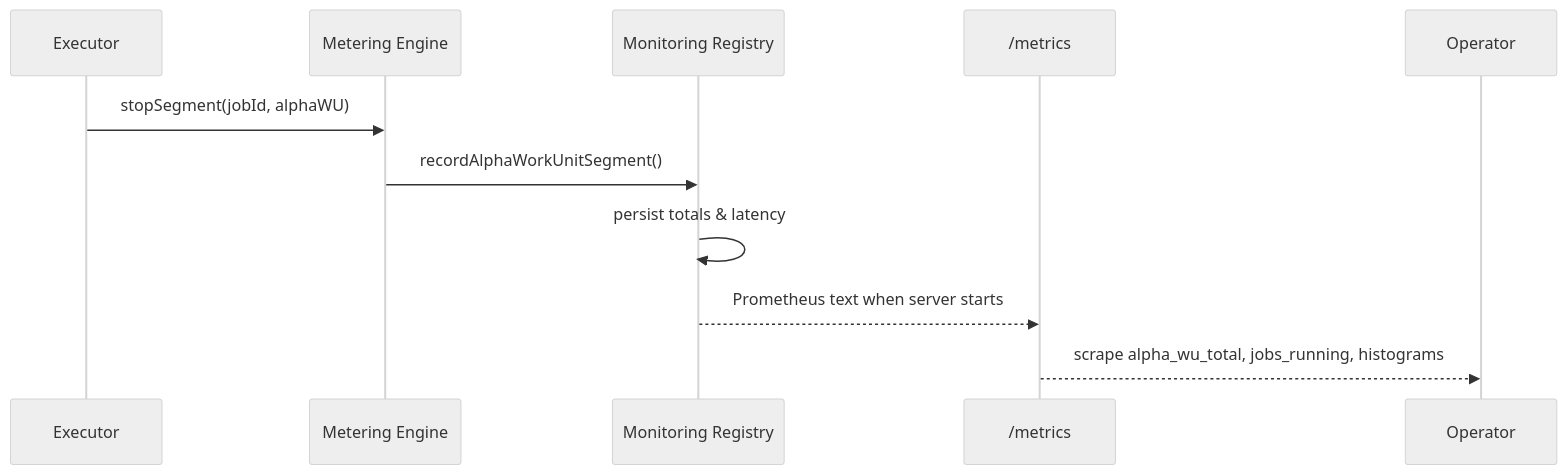
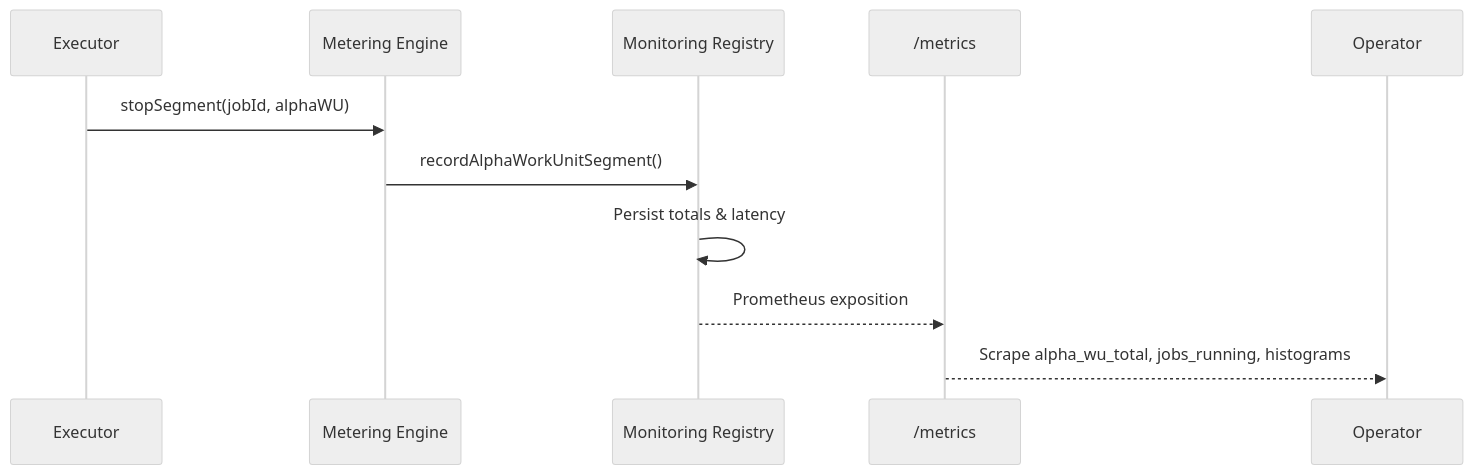
One commit to MontrealAI/AGI-Alpha-Node-v0 changed the third of 5 diagrams in README.md. Above: the diagram before and after it, drawn with Mermaid (neutral theme). The commit also changed other lines of this file, not shown here.

Commit message:
docs: refresh readme for alpha node observability

````diff
--- a/README.md
+++ b/README.md
@@ -185,12 +182,12 @@
 ```mermaid
 sequenceDiagram
     participant Executor
     participant Metering as Metering Engine
-    participant Metrics as Monitoring Registry
+    participant Registry as Monitoring Registry
     participant Prom as /metrics
     Executor->>Metering: stopSegment(jobId, alphaWU)
-    Metering->>Metrics: recordAlphaWorkUnitSegment()
-    Metrics->>Metrics: persist totals & latency
-    Metrics-->>Prom: Prometheus text when server starts
-    Prom-->>Operator: scrape alpha_wu_total, jobs_running, histograms
+    Metering->>Registry: recordAlphaWorkUnitSegment()
+    Registry->>Registry: Persist totals & latency
+    Registry-->>Prom: Prometheus exposition
+    Prom-->>Operator: Scrape alpha_wu_total, jobs_running, histograms
 ```
````
